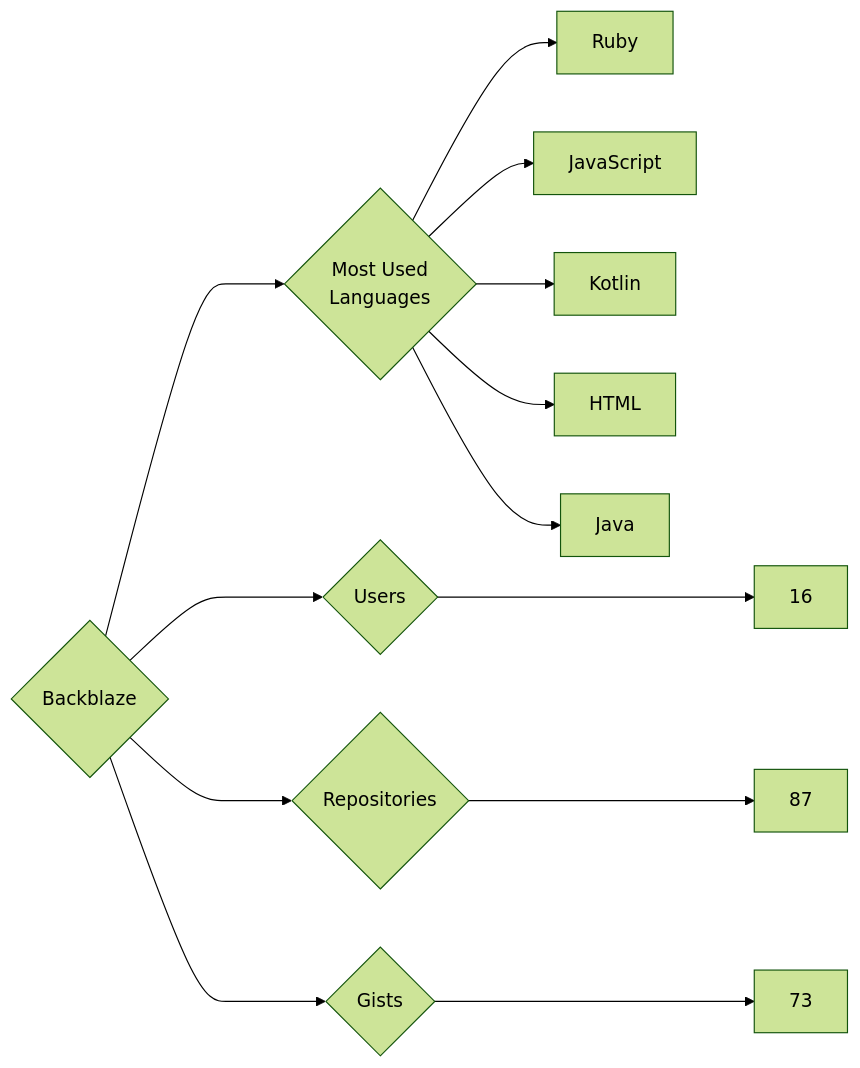
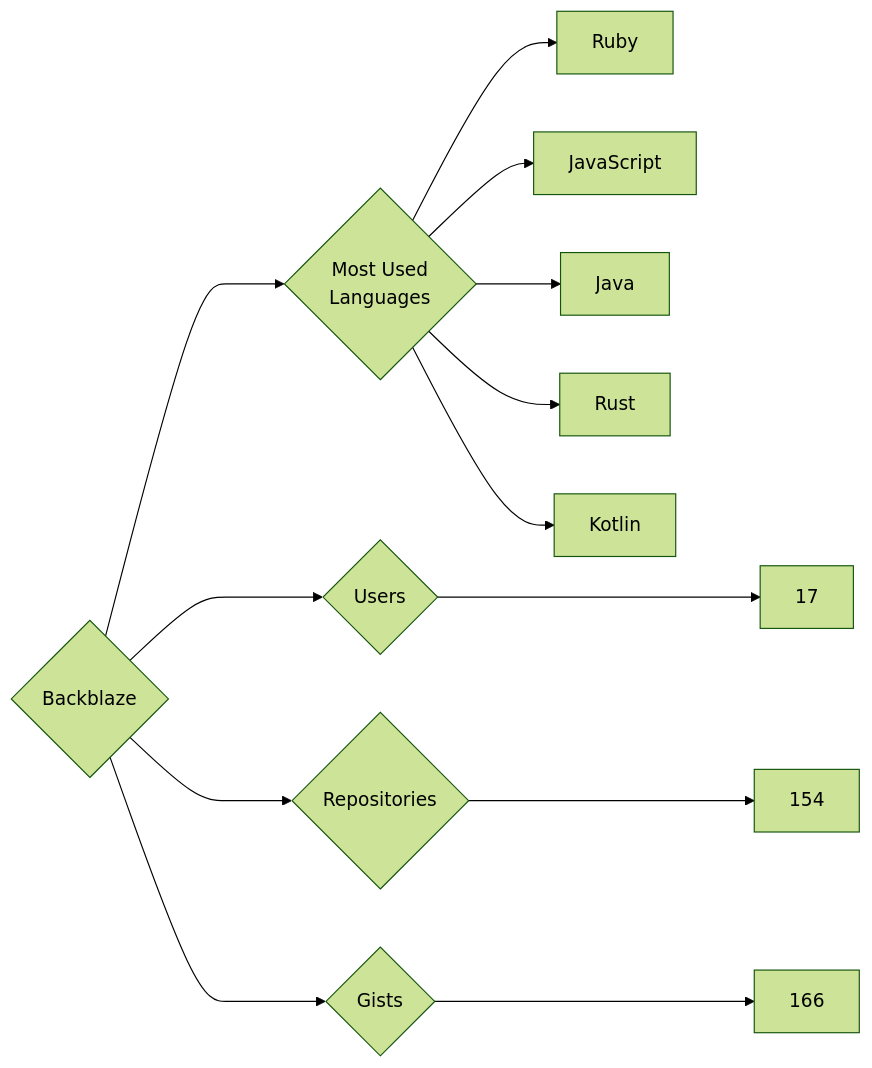
The diagram in targets/Backblaze/README.md (trickest/insiders), drawn with Mermaid (forest theme) before and after one commit. The commit also changed 935 other files, not shown here.

````diff
--- a/targets/Backblaze/README.md
+++ b/targets/Backblaze/README.md
@@ -3,13 +3,13 @@
 ```mermaid
 graph LR
 COMPANY_NAME{Backblaze}
-COMPANY_NAME ---> U{Users} ---> UN[16]
-COMPANY_NAME ---> R{Repositories} ---> RN[87]
-COMPANY_NAME ---> G{Gists} ---> GN[73]
+COMPANY_NAME ---> U{Users} ---> UN[17]
+COMPANY_NAME ---> R{Repositories} ---> RN[154]
+COMPANY_NAME ---> G{Gists} ---> GN[166]
 COMPANY_NAME ---> ML{Most Used<br>Languages}
 ML --> Ruby[Ruby]
 ML --> JavaScript[JavaScript]
+ML --> Java[Java]
+ML --> Rust[Rust]
 ML --> Kotlin[Kotlin]
-ML --> HTML[HTML]
-ML --> Java[Java]
 ```
````
